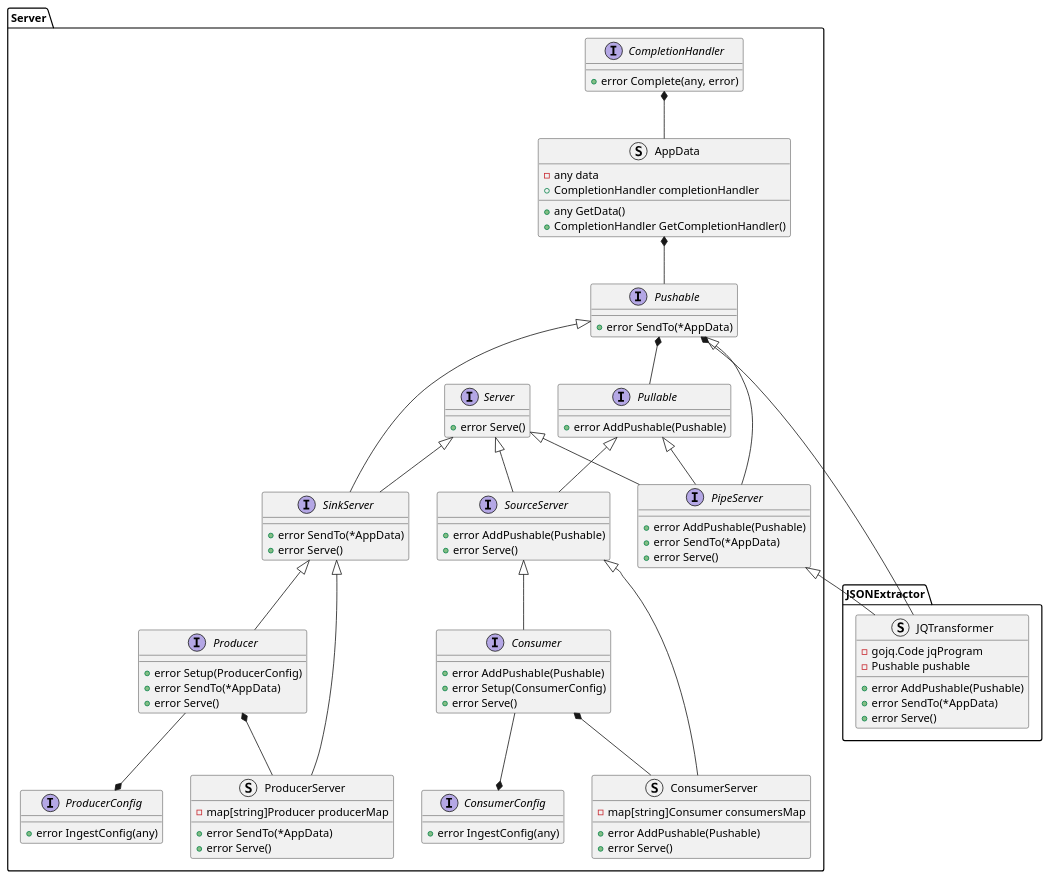
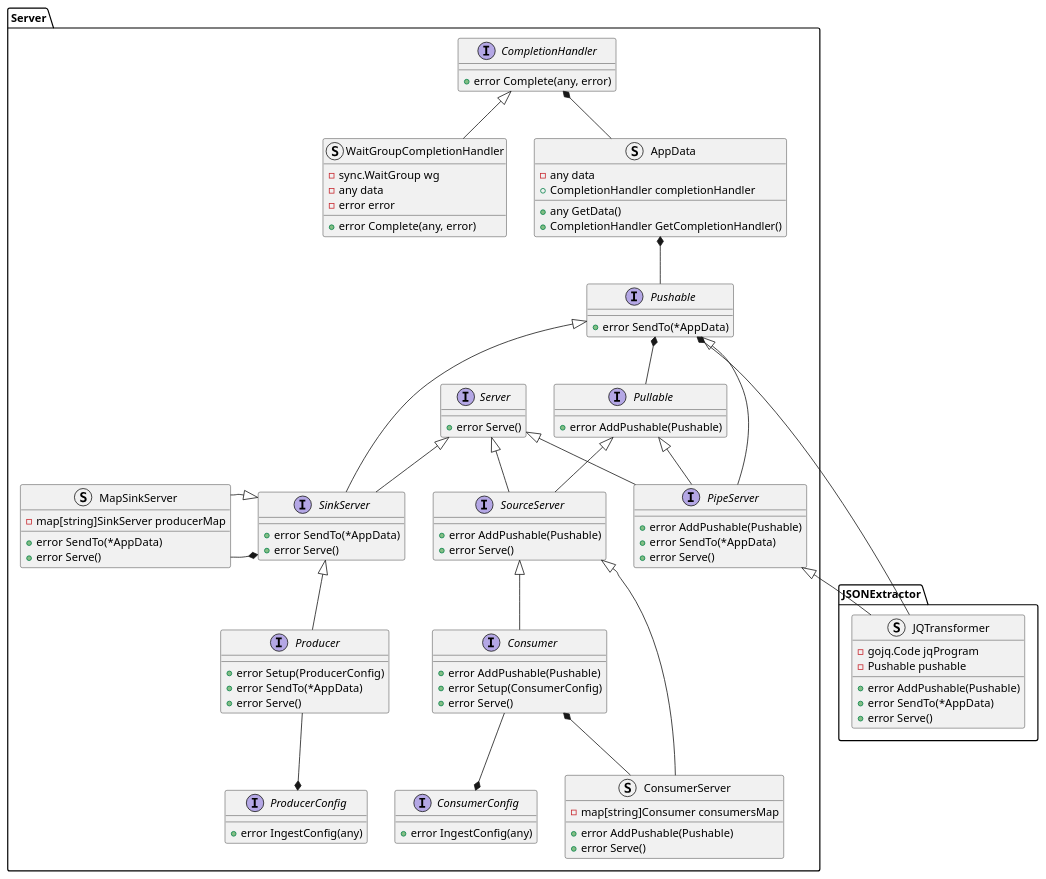
One commit to xtuml/otel2pv changed the diagram in docs/design_notes/DN1_JSON_Extractor/class_diagram.puml. Above: the diagram before and after it, drawn with PlantUML. The commit also changed 6 other files, not shown here.

First line of the commit message:
Cdsopv 65 outline plan for map producer server (#32)

```diff
--- a/docs/design_notes/DN1_JSON_Extractor/class_diagram.puml
+++ b/docs/design_notes/DN1_JSON_Extractor/class_diagram.puml
@@ -1,94 +1,101 @@
 @startuml
 namespace JSONExtractor {
     struct JQTransformer {
         -gojq.Code jqProgram
         -Pushable pushable
         +error AddPushable(Pushable)
         +error SendTo(*AppData)
         +error Serve()
     }
 }
 namespace Server {
     interface CompletionHandler {
+        +error Complete(any, error)
+    }
+    struct WaitGroupCompletionHandler {
+        -sync.WaitGroup wg
+        -any data
+        -error error
         +error Complete(any, error)
     }
     struct AppData {
         -any data
         +CompletionHandler completionHandler
         +any GetData()
         +CompletionHandler GetCompletionHandler()
     }
     interface Server {
         +error Serve()
     }
     interface Pullable {
         +error AddPushable(Pushable)
     }
     interface Pushable {
         +error SendTo(*AppData)
     }
     interface SourceServer {
         +error AddPushable(Pushable)
         +error Serve()
     }
     interface SinkServer {
         +error SendTo(*AppData)
         +error Serve()
     }
     interface PipeServer {
         +error AddPushable(Pushable)
         +error SendTo(*AppData)
         +error Serve()
     }
     interface Producer {
         +error Setup(ProducerConfig)
         +error SendTo(*AppData)
         +error Serve()
     }
     interface Consumer {
         +error AddPushable(Pushable)
         +error Setup(ConsumerConfig)
         +error Serve()
     }
-    struct ProducerServer {
-        -map[string]Producer producerMap
+    struct MapSinkServer {
+        -map[string]SinkServer producerMap
         +error SendTo(*AppData)
         +error Serve()
     }
     struct ConsumerServer {
         -map[string]Consumer consumersMap
         +error AddPushable(Pushable)
         +error Serve()
     }
     interface ProducerConfig {
         +error IngestConfig(any)
     }
     interface ConsumerConfig {
         +error IngestConfig(any)
     }
 }
+Server.CompletionHandler <|-- Server.WaitGroupCompletionHandler
 Server.CompletionHandler *-- Server.AppData
 Server.AppData *-- Server.Pushable
 Server.Server <|-- Server.SourceServer
 Server.Pushable *-- Server.Pullable
 Server.Pullable <|-- Server.SourceServer
 Server.Server <|-- Server.SinkServer
 Server.Pushable <|-- Server.SinkServer
 Server.Pushable <|-- Server.PipeServer
 Server.Pullable <|-- Server.PipeServer
 Server.Server <|-- Server.PipeServer
 
 Server.SinkServer <|-- Server.Producer
-Server.Producer *-- Server.ProducerServer
-Server.SinkServer <|-- Server.ProducerServer
+Server.SinkServer *-left- Server.MapSinkServer
+Server.SinkServer <|-left- Server.MapSinkServer
 Server.SourceServer <|-- Server.ConsumerServer
 Server.Consumer *-- Server.ConsumerServer
 Server.SourceServer <|-- Server.Consumer
 
 Server.PipeServer <|-- JSONExtractor.JQTransformer
 Server.Pushable *-- JSONExtractor.JQTransformer
 
 
 Server.ConsumerConfig *-up- Server.Consumer
 Server.ProducerConfig *-up- Server.Producer
 @enduml
```
